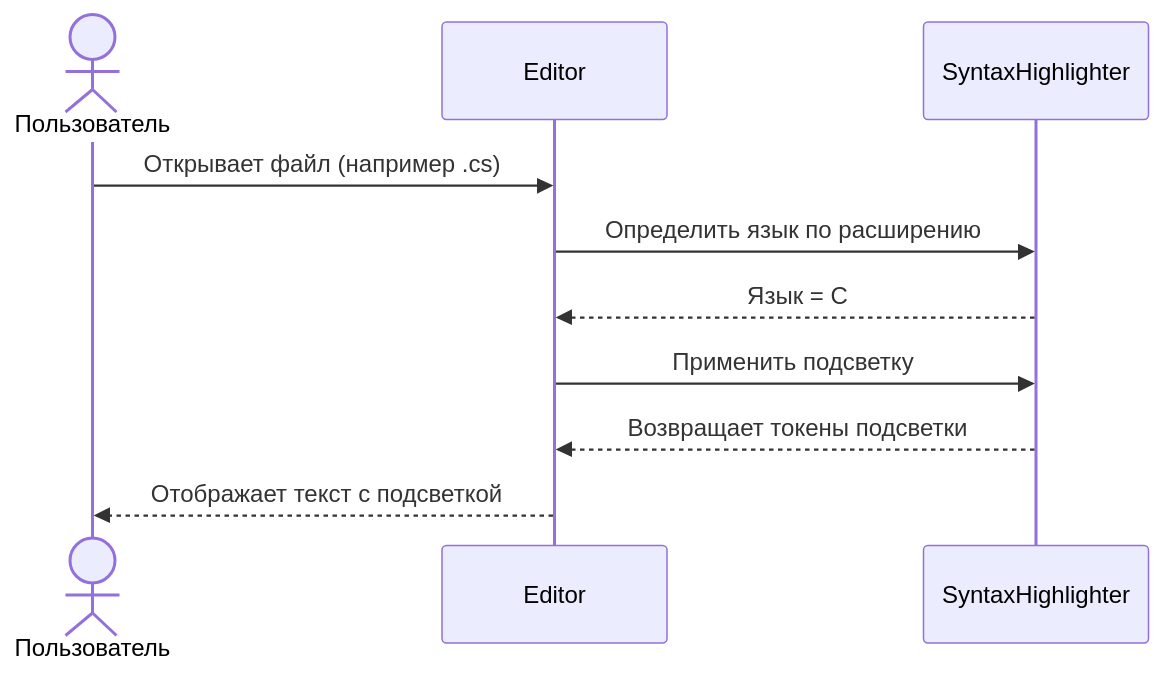
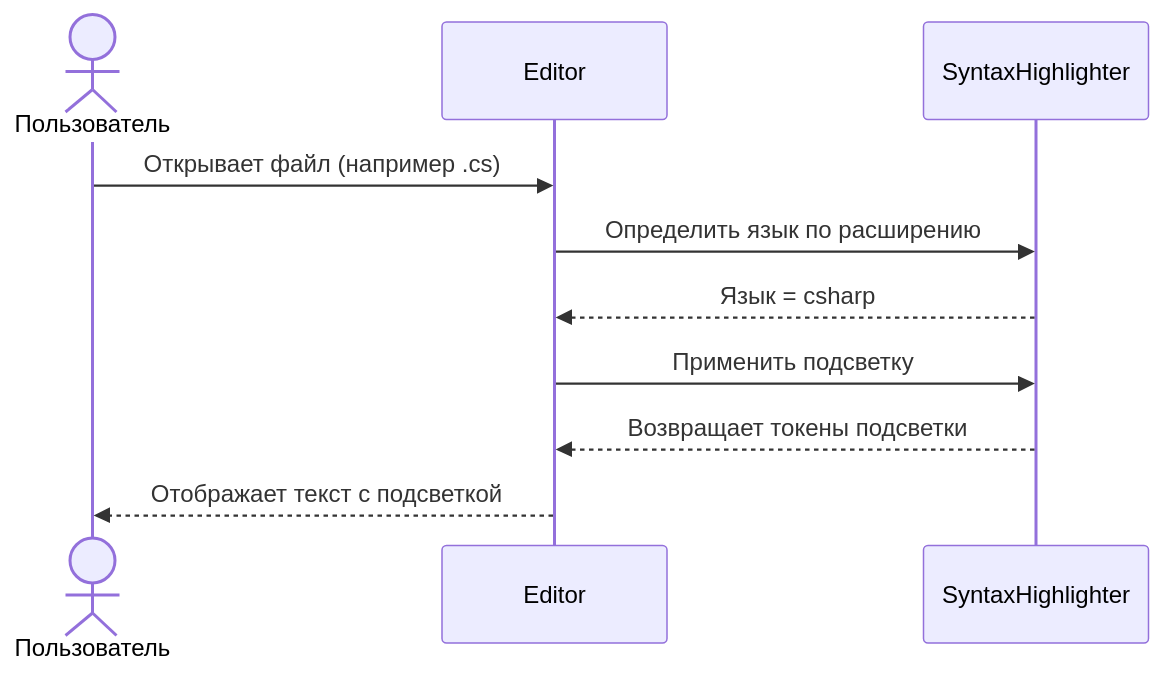
One commit to penamarth/bsbo-03-23_team6_var11_textedit changed the diagram in Документация/Сценарии использования/04-Подсветка синтаксиса/Диаграмма последовательности Подсветка текста.md. Above: the diagram before and after it, drawn with Mermaid.

Commit message:
Update Диаграмма последовательности Подсветка текста.md

````diff
--- a/Документация/Сценарии использования/04-Подсветка синтаксиса/Диаграмма последовательности Подсветка текста.md
+++ b/Документация/Сценарии использования/04-Подсветка синтаксиса/Диаграмма последовательности Подсветка текста.md
@@ -1,13 +1,13 @@
 ```mermaid
 sequenceDiagram
     actor Пользователь
     participant Editor
     participant SyntaxHighlighter
 
     Пользователь->>Editor: Открывает файл (например .cs)
     Editor->>SyntaxHighlighter: Определить язык по расширению
-    SyntaxHighlighter-->>Editor: Язык = C##
+    SyntaxHighlighter-->>Editor: Язык = csharp
     Editor->>SyntaxHighlighter: Применить подсветку
     SyntaxHighlighter-->>Editor: Возвращает токены подсветки
     Editor-->>Пользователь: Отображает текст с подсветкой
 ```
````
